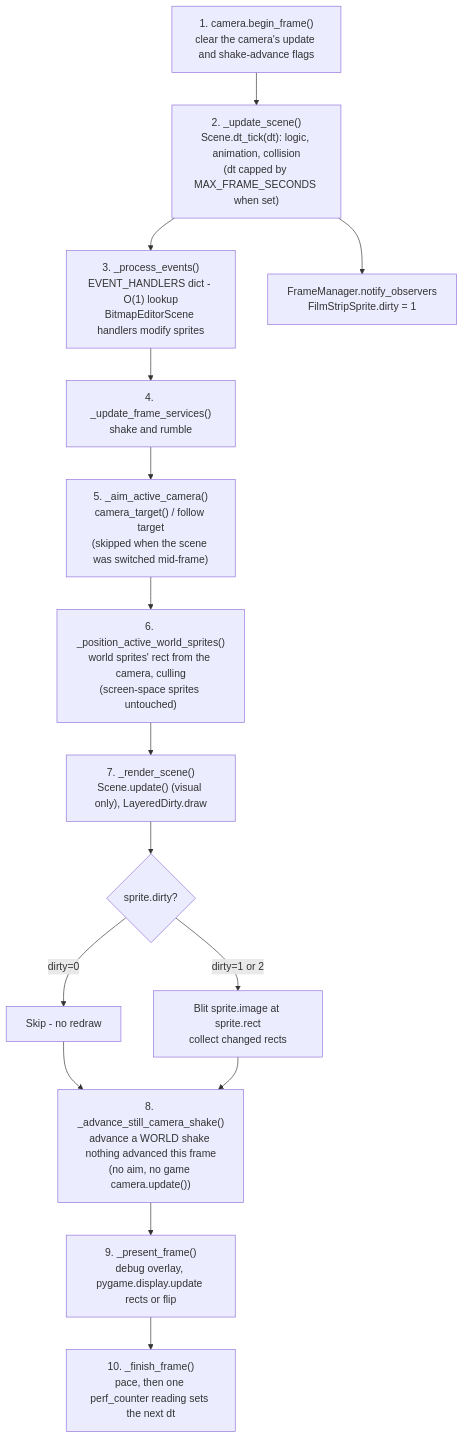
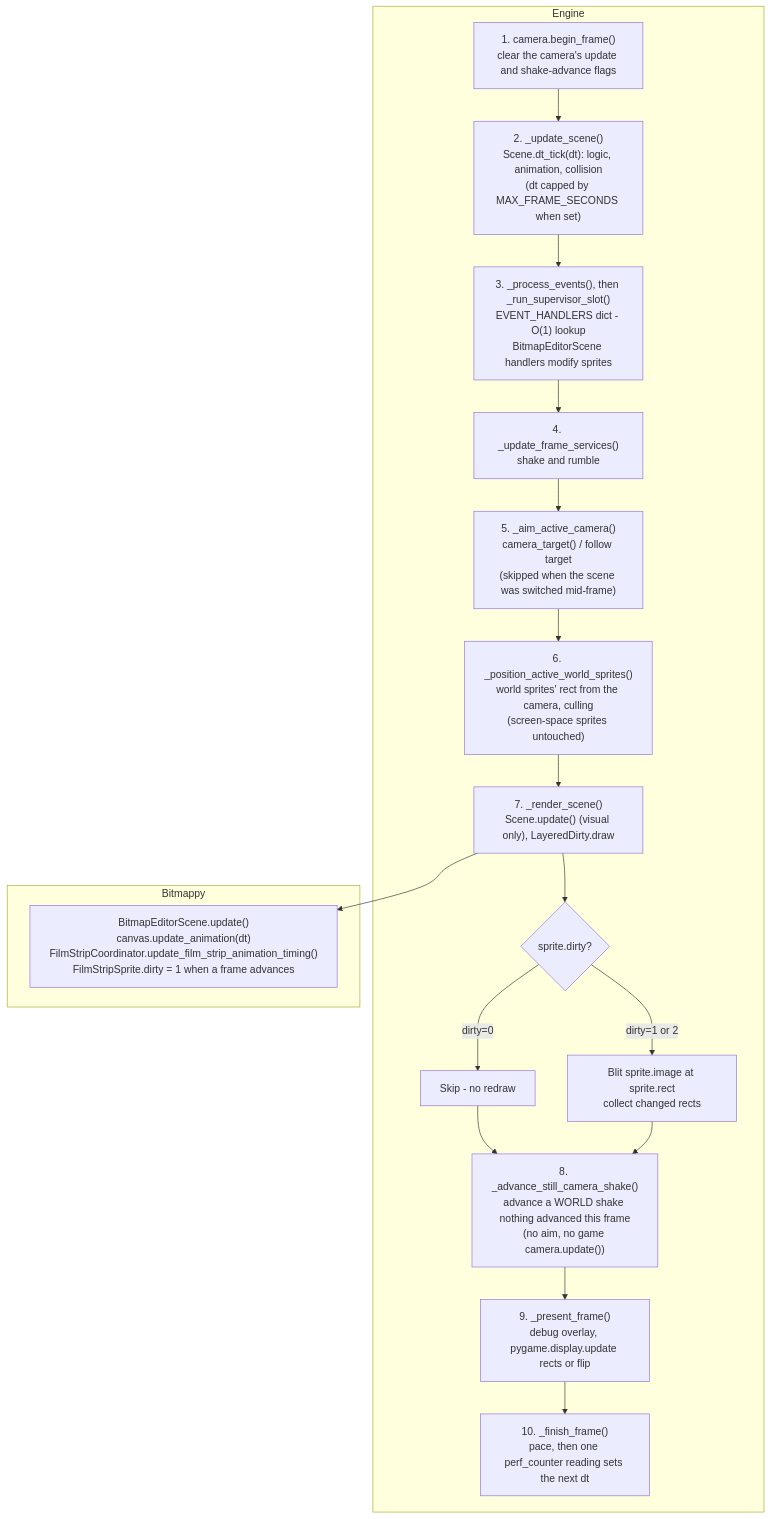
The seventh of 10 diagrams in docs/architecture/bitmappy.md (terrysimons/glitchygames), drawn with Mermaid before and after one commit. The commit also changed other lines of this file and 571 other files, not shown here.

````diff
--- a/docs/architecture/bitmappy.md
+++ b/docs/architecture/bitmappy.md
@@ -209,18 +347,23 @@
 ```mermaid
 flowchart TD
-    BEGIN["1. camera.begin_frame()\nclear the camera's update and shake-advance flags"] --> LOGIC
-    LOGIC["2. _update_scene()\nScene.dt_tick(dt): logic, animation, collision\n(dt capped by MAX_FRAME_SECONDS when set)"] --> EVENTS
-    LOGIC --> FM["FrameManager.notify_observers\nFilmStripSprite.dirty = 1"]
-    EVENTS["3. _process_events()\nEVENT_HANDLERS dict - O(1) lookup\nBitmapEditorScene handlers modify sprites"] --> SERVICES
-    SERVICES["4. _update_frame_services()\nshake and rumble"] --> AIM
-    AIM["5. _aim_active_camera()\ncamera_target() / follow target\n(skipped when the scene was switched mid-frame)"] --> POSITION
-    POSITION["6. _position_active_world_sprites()\nworld sprites' rect from the camera, culling\n(screen-space sprites untouched)"] --> RENDER
-    RENDER["7. _render_scene()\nScene.update() (visual only), LayeredDirty.draw"] --> CHECK{"sprite.dirty?"}
-    CHECK -->|"dirty=0"| SKIP["Skip - no redraw"]
-    CHECK -->|"dirty=1 or 2"| REDRAW["Blit sprite.image at sprite.rect\ncollect changed rects"]
-    SKIP --> STILL
-    REDRAW --> STILL
-    STILL["8. _advance_still_camera_shake()\nadvance a WORLD shake nothing advanced this frame\n(no aim, no game camera.update())"] --> PRESENT
-    PRESENT["9. _present_frame()\ndebug overlay, pygame.display.update rects or flip"] --> FINISH
-    FINISH["10. _finish_frame()\npace, then one perf_counter reading sets the next dt"]
+    subgraph ENGINE_BITMAPPY_FRAME["Engine"]
+        BEGIN["1. camera.begin_frame()\nclear the camera's update and shake-advance flags"] --> LOGIC
+        LOGIC["2. _update_scene()\nScene.dt_tick(dt): logic, animation, collision\n(dt capped by MAX_FRAME_SECONDS when set)"] --> EVENTS
+        EVENTS["3. _process_events(), then _run_supervisor_slot()\nEVENT_HANDLERS dict - O(1) lookup\nBitmapEditorScene handlers modify sprites"] --> SERVICES
+        SERVICES["4. _update_frame_services()\nshake and rumble"] --> AIM
+        AIM["5. _aim_active_camera()\ncamera_target() / follow target\n(skipped when the scene was switched mid-frame)"] --> POSITION
+        POSITION["6. _position_active_world_sprites()\nworld sprites' rect from the camera, culling\n(screen-space sprites untouched)"] --> RENDER
+        RENDER["7. _render_scene()\nScene.update() (visual only), LayeredDirty.draw"] --> CHECK{"sprite.dirty?"}
+        CHECK -->|"dirty=0"| SKIP["Skip - no redraw"]
+        CHECK -->|"dirty=1 or 2"| REDRAW["Blit sprite.image at sprite.rect\ncollect changed rects"]
+        SKIP --> STILL
+        REDRAW --> STILL
+        STILL["8. _advance_still_camera_shake()\nadvance a WORLD shake nothing advanced this frame\n(no aim, no game camera.update())"] --> PRESENT
+        PRESENT["9. _present_frame()\ndebug overlay, pygame.display.update rects or flip"] --> FINISH
+        FINISH["10. _finish_frame()\npace, then one perf_counter reading sets the next dt"]
+    end
+    subgraph APP_BITMAPPY_FRAME["Bitmappy"]
+        FM["BitmapEditorScene.update()\ncanvas.update_animation(dt)\nFilmStripCoordinator.update_film_strip_animation_timing()\nFilmStripSprite.dirty = 1 when a frame advances"]
+    end
+    RENDER --> FM
 ```
````
